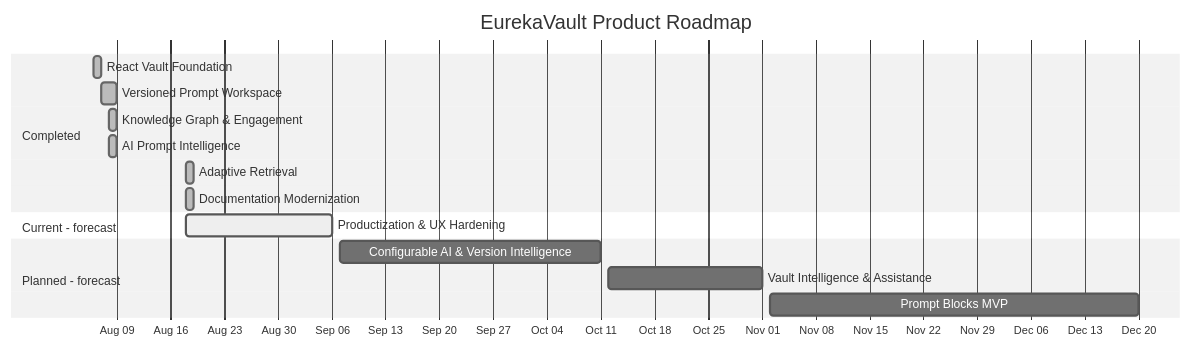
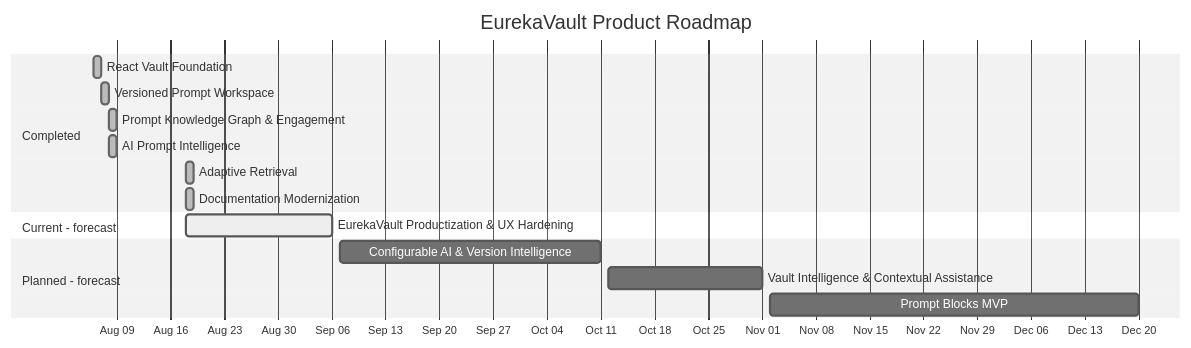
One commit to kirolossedra/Prompt-management changed the first of 3 diagrams in README.md. Above: the diagram before and after it, drawn with Mermaid (neutral theme). The commit also changed other lines of this file and 5 other files, not shown here.

Commit message:
up: adding gantt chart

````diff
--- a/README.md
+++ b/README.md
@@ -127,22 +128,22 @@
 ```mermaid
 gantt
     title EurekaVault Product Roadmap
     dateFormat YYYY-MM-DD
     axisFormat %b %d
 
     section Completed
-    React Vault Foundation                 :done, fnd, 2026-08-06, 1d
-    Versioned Prompt Workspace             :done, ver, 2026-08-07, 2d
-    Knowledge Graph & Engagement           :done, kg, 2026-08-08, 1d
-    AI Prompt Intelligence                 :done, ai, 2026-08-08, 1d
-    Adaptive Retrieval                     :done, adapt, 2026-08-18, 1d
-    Documentation Modernization            :done, docs, 2026-08-18, 1d
+    React Vault Foundation                      :done, react-vault-foundation, 2026-08-06, 1d
+    Versioned Prompt Workspace                  :done, versioned-prompt-workspace, 2026-08-07, 2026-08-08
+    Prompt Knowledge Graph & Engagement         :done, prompt-knowledge-graph-engagement, 2026-08-08, 1d
+    AI Prompt Intelligence                      :done, ai-prompt-intelligence, 2026-08-08, 1d
+    Adaptive Retrieval                          :done, adaptive-retrieval, 2026-08-18, 1d
+    Documentation Modernization                 :done, documentation-modernization, 2026-08-18, 1d
 
     section Current - forecast
-    Productization & UX Hardening          :active, prod, 2026-08-18, 2026-09-06
+    EurekaVault Productization & UX Hardening   :active, productization-ux-hardening, 2026-08-18, 2026-09-06
 
     section Planned - forecast
-    Configurable AI & Version Intelligence :cai, 2026-09-07, 2026-10-11
-    Vault Intelligence & Assistance        :via, 2026-10-12, 2026-11-01
-    Prompt Blocks MVP                      :pb, 2026-11-02, 2026-12-20
+    Configurable AI & Version Intelligence      :configurable-ai-version-intelligence, 2026-09-07, 2026-10-11
+    Vault Intelligence & Contextual Assistance  :vault-intelligence-contextual-assistance, 2026-10-12, 2026-11-01
+    Prompt Blocks MVP                           :prompt-blocks-mvp, 2026-11-02, 2026-12-20
 ```
````
